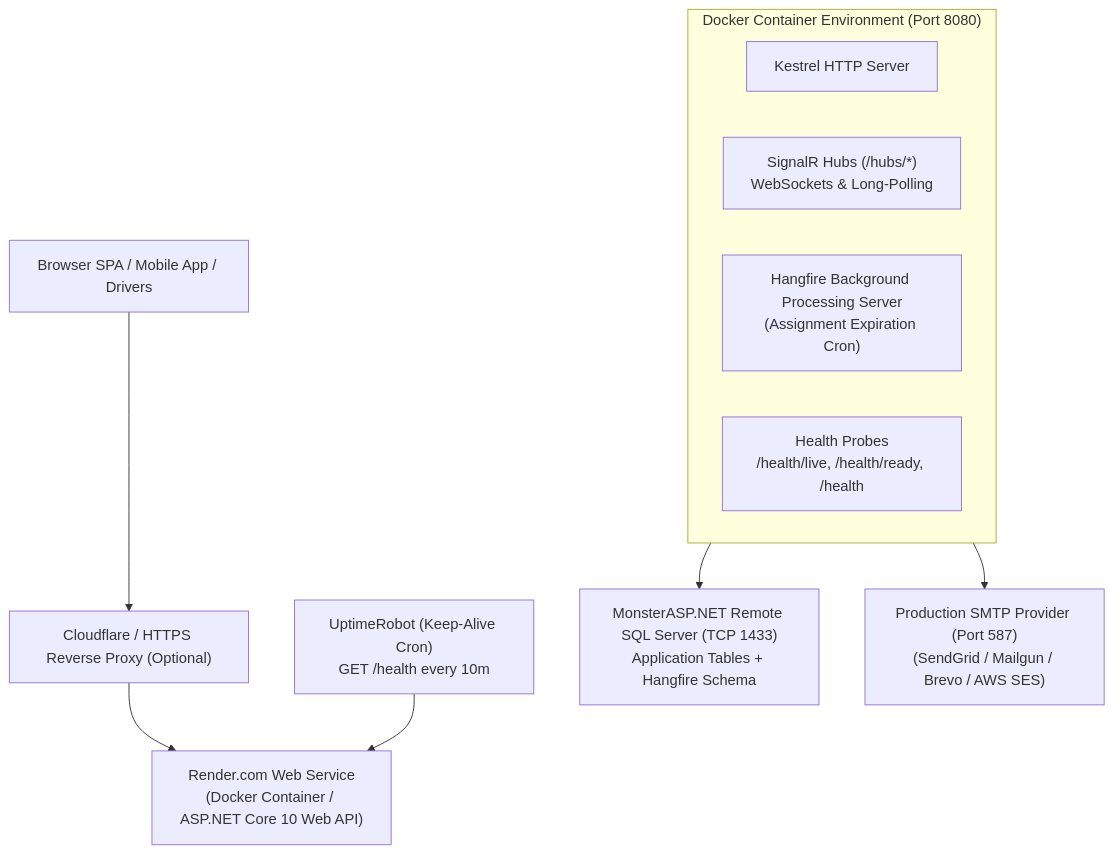
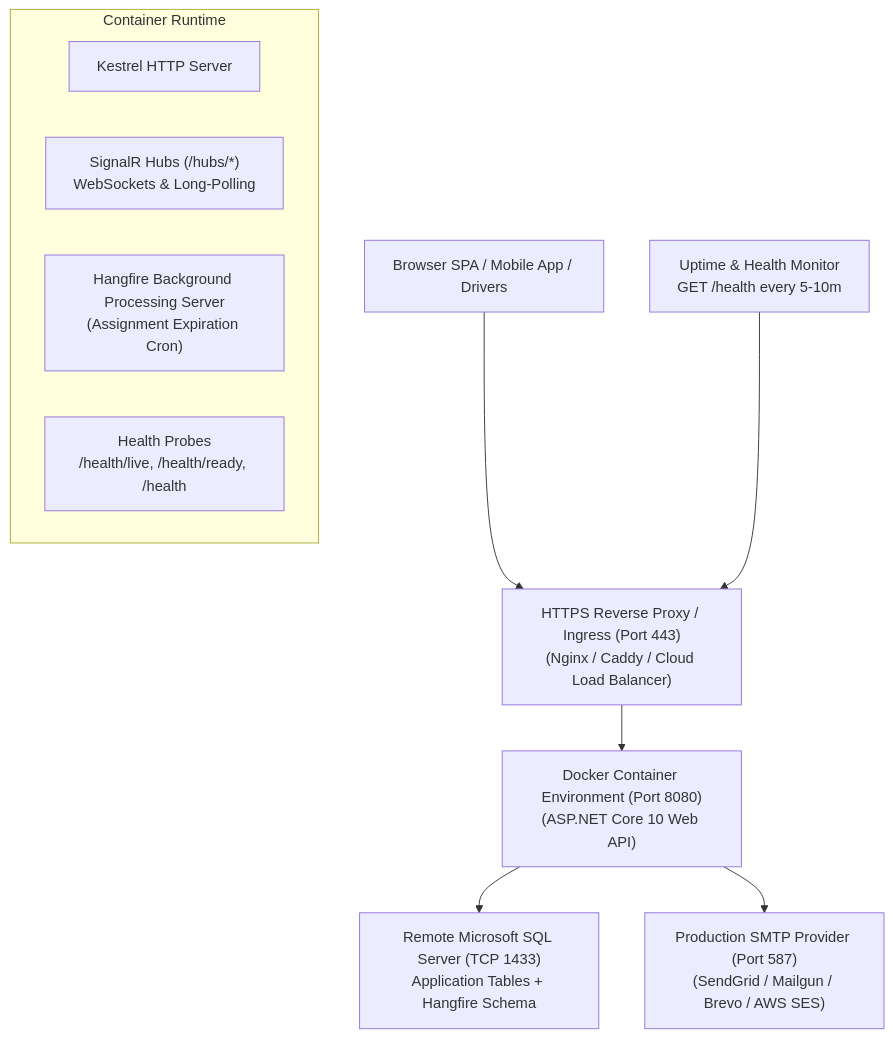
The diagram in docs/DEPLOYMENT_GUIDE.md (iAhmadMahmoud/LogisticsSystem), drawn with Mermaid before and after one commit. The commit also changed other lines of this file and 3 other files, not shown here.

Commit message:
docs: polish deployment playbook and workflows with provider-agnostic container architecture

````diff
--- a/docs/DEPLOYMENT_GUIDE.md
+++ b/docs/DEPLOYMENT_GUIDE.md
@@ -11,16 +11,16 @@
 ```mermaid
 flowchart TD
-    Client["Browser SPA / Mobile App / Drivers"] --> Cloudflare["Cloudflare / HTTPS Reverse Proxy (Optional)"]
-    Cloudflare --> RenderApp["Render.com Web Service\n(Docker Container / ASP.NET Core 10 Web API)"]
-    UptimeRobot["UptimeRobot (Keep-Alive Cron)\nGET /health every 10m"] --> RenderApp
+    Client["Browser SPA / Mobile App / Drivers"] --> ReverseProxy["HTTPS Reverse Proxy / Ingress (Port 443)\n(Nginx / Caddy / Cloud Load Balancer)"]
+    ReverseProxy --> AppContainer["Docker Container Environment (Port 8080)\n(ASP.NET Core 10 Web API)"]
+    UptimeMonitor["Uptime & Health Monitor\nGET /health every 5-10m"] --> ReverseProxy
 
-    subgraph RenderAppContainer["Docker Container Environment (Port 8080)"]
+    subgraph AppContainerEnv["Container Runtime"]
         Kestrel["Kestrel HTTP Server"]
         SignalRHubs["SignalR Hubs (/hubs/*)\nWebSockets & Long-Polling"]
         HangfireServer["Hangfire Background Processing Server\n(Assignment Expiration Cron)"]
         HealthProbes["Health Probes\n/health/live, /health/ready, /health"]
     end
 
-    RenderAppContainer --> MonsterASP["MonsterASP.NET Remote SQL Server (TCP 1433)\nApplication Tables + Hangfire Schema"]
-    RenderAppContainer --> SmtpRelay["Production SMTP Provider (Port 587)\n(SendGrid / Mailgun / Brevo / AWS SES)"]
+    AppContainer --> SqlServer["Remote Microsoft SQL Server (TCP 1433)\nApplication Tables + Hangfire Schema"]
+    AppContainer --> SmtpRelay["Production SMTP Provider (Port 587)\n(SendGrid / Mailgun / Brevo / AWS SES)"]
 ```
````
